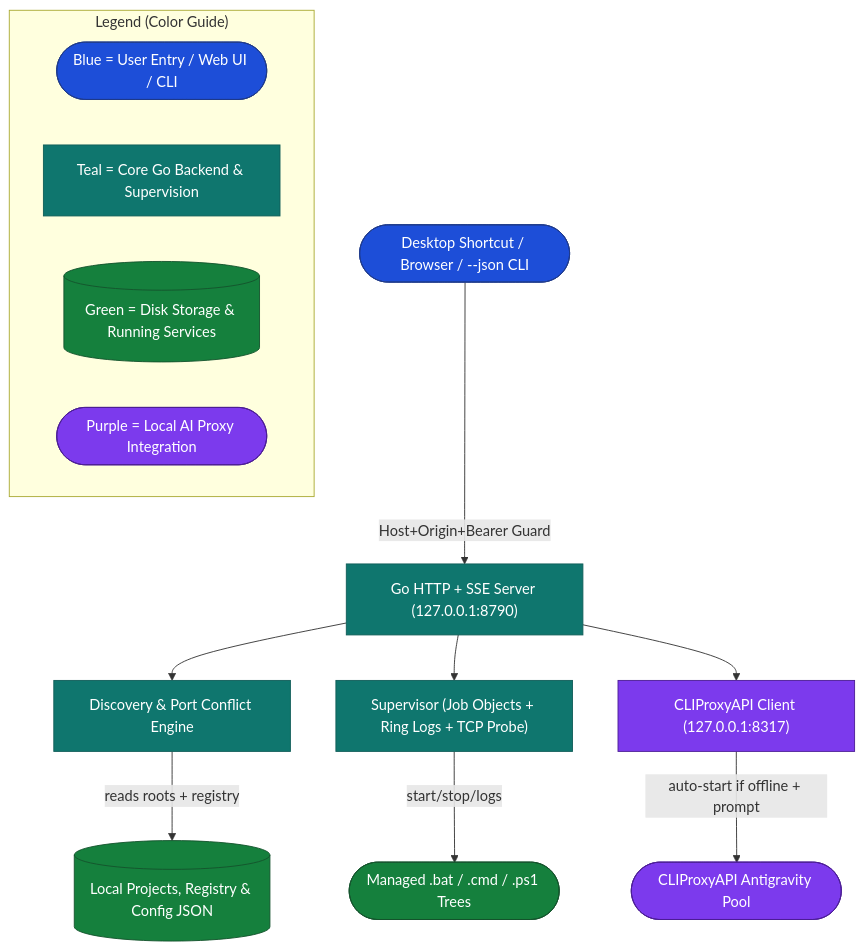
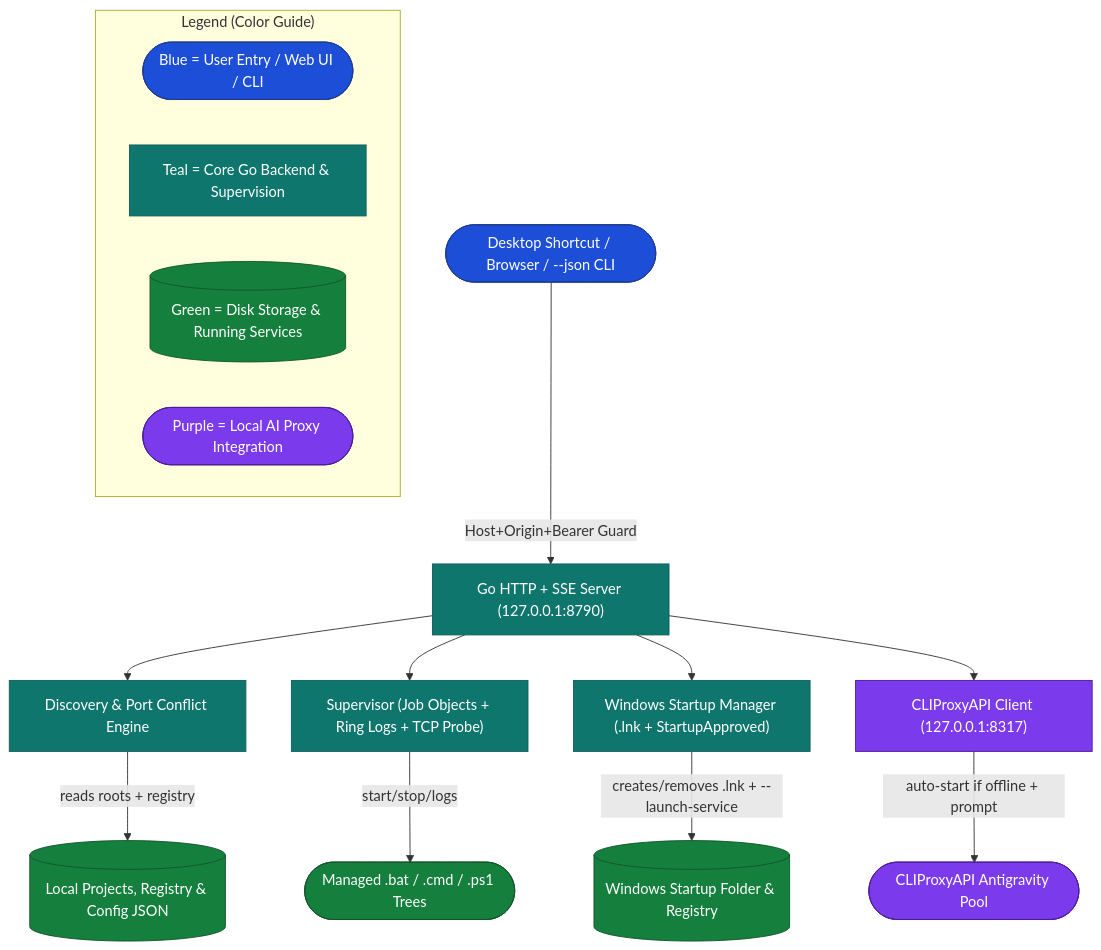
One commit to Mostakim2005/server-manager changed the first of 4 diagrams in docs/ARCHITECTURE.md. Above: the diagram before and after it, drawn with Mermaid. The commit also changed other lines of this file and 21 other files, not shown here.

Commit message:
feat: add per-service and self Windows Startup manager with Task Manager audit

````diff
--- a/docs/ARCHITECTURE.md
+++ b/docs/ARCHITECTURE.md
@@ -7,23 +7,25 @@
 ```mermaid
 flowchart TB
     classDef startNode fill:#1d4ed8,stroke:#1e3a8a,color:#ffffff
     classDef processNode fill:#0f766e,stroke:#115e59,color:#ffffff
     classDef outputNode fill:#15803d,stroke:#14532d,color:#ffffff
     classDef aiNode fill:#7c3aed,stroke:#4c1d95,color:#ffffff
 
     User(["Desktop Shortcut / Browser / --json CLI"]):::startNode -->|Host+Origin+Bearer Guard| API["Go HTTP + SSE Server (127.0.0.1:8790)"]:::processNode
     API --> Disc["Discovery & Port Conflict Engine"]:::processNode
     API --> Sup["Supervisor (Job Objects + Ring Logs + TCP Probe)"]:::processNode
+    API --> Boot["Windows Startup Manager (.lnk + StartupApproved)"]:::processNode
     API --> AI["CLIProxyAPI Client (127.0.0.1:8317)"]:::aiNode
 
     Disc -->|reads roots + registry| FS[("Local Projects, Registry & Config JSON")]:::outputNode
     Sup -->|start/stop/logs| Proc(["Managed .bat / .cmd / .ps1 Trees"]):::outputNode
+    Boot -->|creates/removes .lnk + --launch-service| StartupDir[("Windows Startup Folder & Registry")]:::outputNode
     AI -->|auto-start if offline + prompt| Proxy(["CLIProxyAPI Antigravity Pool"]):::aiNode
 
     subgraph Legend["Legend (Color Guide)"]
         L1(["Blue = User Entry / Web UI / CLI"]):::startNode
         L2["Teal = Core Go Backend & Supervision"]:::processNode
         L3[("Green = Disk Storage & Running Services")]:::outputNode
         L4(["Purple = Local AI Proxy Integration"]):::aiNode
     end
 ```
````
